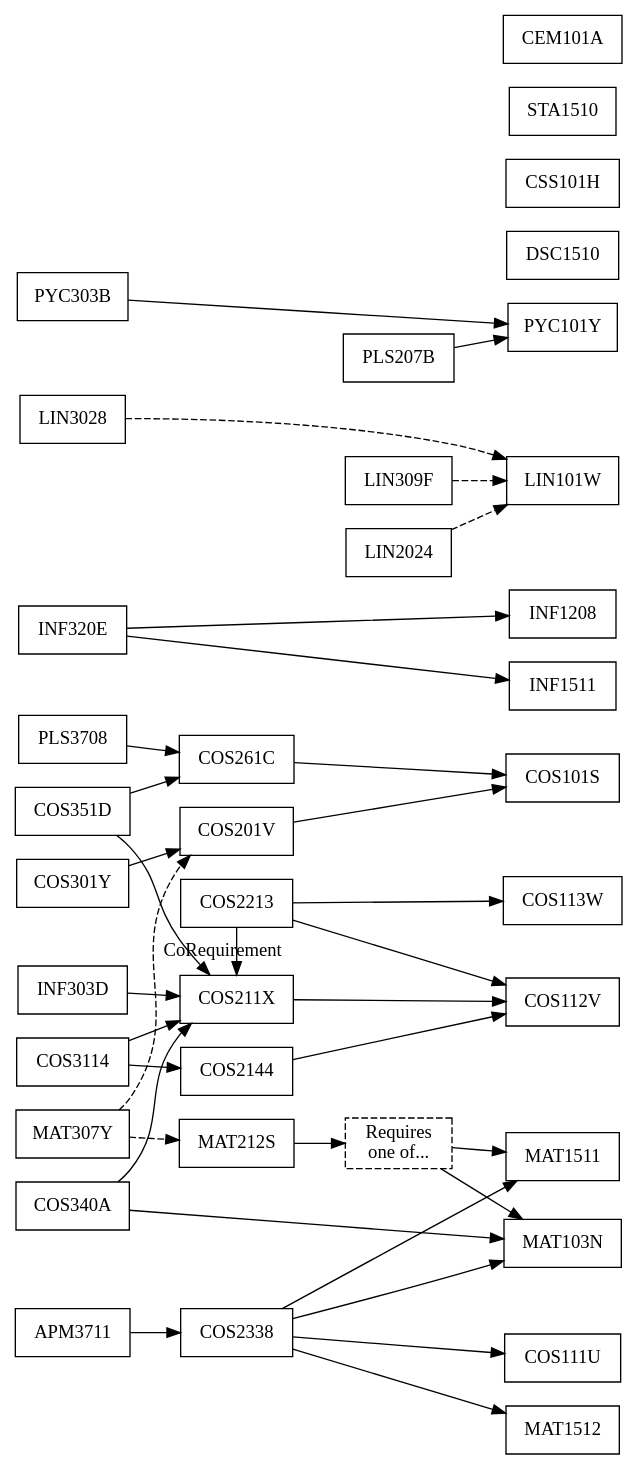
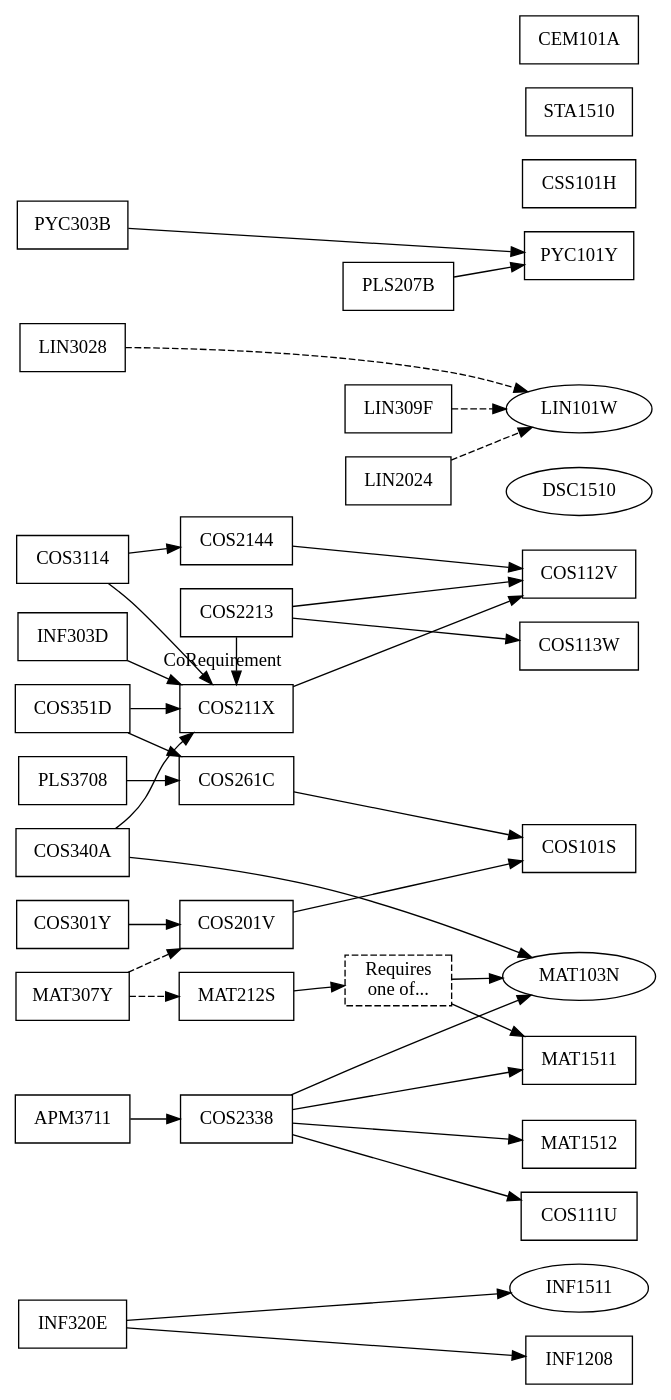
One commit to apauley/unisa-module-graph changed the diagram in ComputationalIntelligence.dot. Above: the diagram before and after it, drawn with Graphviz.

Commit message:
First-level optional modules are ellipsed

```diff
--- a/ComputationalIntelligence.dot
+++ b/ComputationalIntelligence.dot
@@ -1,46 +1,52 @@
 digraph ComputationalIntelligence {
     node [shape=box];
     rankdir=LR;
+
+    // Optional modules are ellipse-shaped
+    INF1511 [shape=ellipse];
+    MAT103N [shape=ellipse];
+    DSC1510 [shape=ellipse];
+    LIN101W [shape=ellipse];
 
     {rank=same; COS301Y INF320E COS351D PLS3708}
     {rank=same; COS3114 APM3711 MAT307Y COS340A}
     {rank=same; INF303D LIN3028 PYC303B}
 
     {rank=same; COS201V COS211X COS261C COS2144}
     {rank=same; COS2213 COS2338 MAT212S}
     {rank=same; LIN309F LIN2024 PLS207B}
 
     {rank=same; COS101S COS112V COS113W INF1208 MAT1512 MAT1511 MAT103N PYC101Y COS111U LIN101W INF1511}
     {rank=same; DSC1510 CSS101H STA1510 CEM101A}
     {rank=max; DSC1510 COS101S}
 
     COS301Y -> {COS201V}
     INF320E -> {INF1208 INF1511}
     COS351D -> {COS211X COS261C}
     PLS3708 -> {COS261C}
     PYC303B -> {PYC101Y}
 
     COS3114 -> {COS211X COS2144}
     APM3711 -> {COS2338}
     MAT307Y -> {MAT212S COS201V} [style=dashed]
     INF303D -> {COS211X}
     LIN3028 -> {LIN101W} [style=dashed]
     COS340A -> {COS211X MAT103N}
 
 
     COS201V -> {COS101S}
     COS211X -> {COS112V}
     COS261C -> {COS101S}
     COS2144 -> {COS112V}
 
     {rank=same; COS2213 COS211X}
     COS2213 -> {COS112V COS113W}
     COS2213 -> {COS211X} [label=CoRequirement]
     COS2338 -> {COS111U MAT103N MAT1511 MAT1512}
     MAT103OR151 [label="Requires\none of...", style=dashed];
     MAT212S -> {MAT103OR151}
     MAT103OR151 -> {MAT103N MAT1511}
     LIN309F -> {LIN101W} [style=dashed]
     LIN2024 -> {LIN101W} [style=dashed]
     PLS207B -> {PYC101Y}
 }
```
